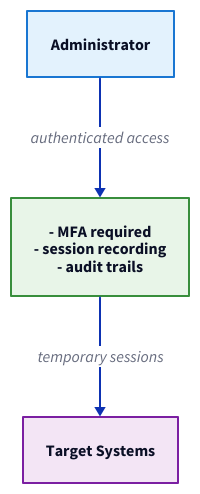
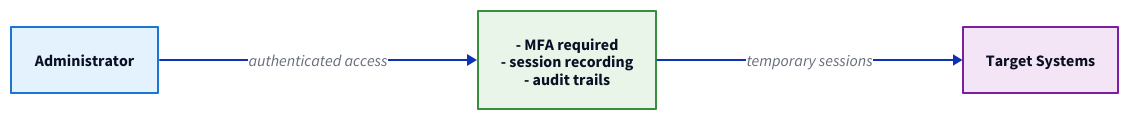
Before and after one commit to wagov-dtt/architecture-decision-records: the diagram in security/012-privileged-remote-access.md, drawn with D2. The commit also changed other lines of this file and 17 other files, not shown here.

First line of the commit message:
Approve ADR's for QSM, improve consequences sections (#17)

````diff
--- a/security/012-privileged-remote-access.md
+++ b/security/012-privileged-remote-access.md
@@ -23,26 +23,28 @@
 ```d2
+direction: right
+
 admin: Administrator {
   style: {
     fill: "#e3f2fd"
     stroke: "#1976d2"
   }
 }
 
 ssm: AWS Session Manager {
   style: {
     fill: "#e8f5e8"
     stroke: "#388e3c"
   }
 }
 
 systems: Target Systems {
   style: {
     fill: "#f3e5f5"
     stroke: "#7b1fa2"
   }
 }
 
 admin -> ssm: authenticated access
 ssm -> systems: temporary sessions
 ssm: - MFA required\n- session recording\n- audit trails
 ```
````
